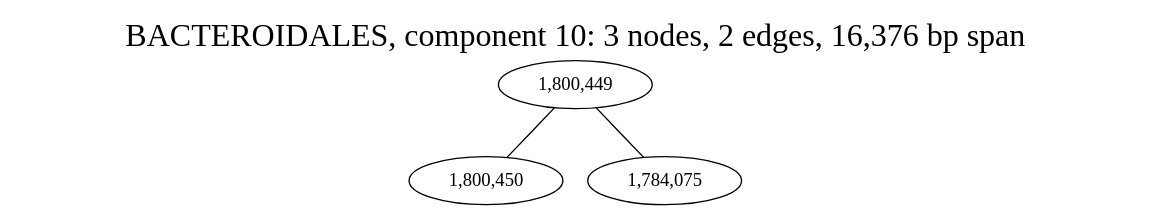
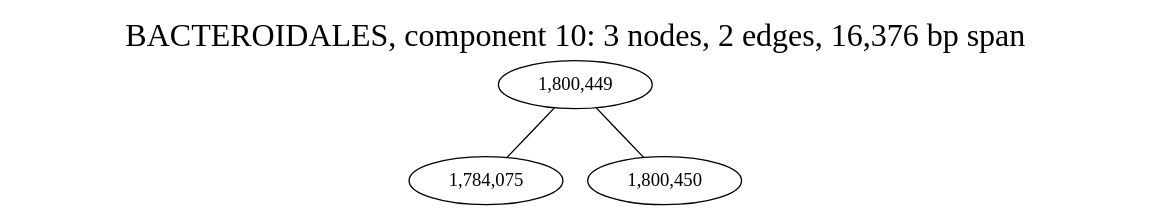
Before and after one commit to fedarko/sheepgut: the diagram in notebooks/graphs/BACTEROIDALES_cc10.gv, drawn with Graphviz. The commit also changed other lines of this file and 57 other files, not shown here.

```diff
--- a/notebooks/graphs/BACTEROIDALES_cc10.gv
+++ b/notebooks/graphs/BACTEROIDALES_cc10.gv
@@ -1,13 +1,13 @@
 graph BACTEROIDALES_cc10 {
 	overlap="prism50";
 	outputorder="edgesfirst";
 	node [style="filled"];
 	label="BACTEROIDALES, component 10: 3 nodes, 2 edges, 16,376 bp span";
 	labelloc="t";
 	fontsize=24;
+	"1,784,075" [fillcolor="#ffffff", fontcolor="#000000"];
 	"1,800,449" [fillcolor="#ffffff", fontcolor="#000000"];
 	"1,800,450" [fillcolor="#ffffff", fontcolor="#000000"];
-	"1,784,075" [fillcolor="#ffffff", fontcolor="#000000"];
 	"1,800,449" -- "1,800,450";
 	"1,800,449" -- "1,784,075";
 }
```
